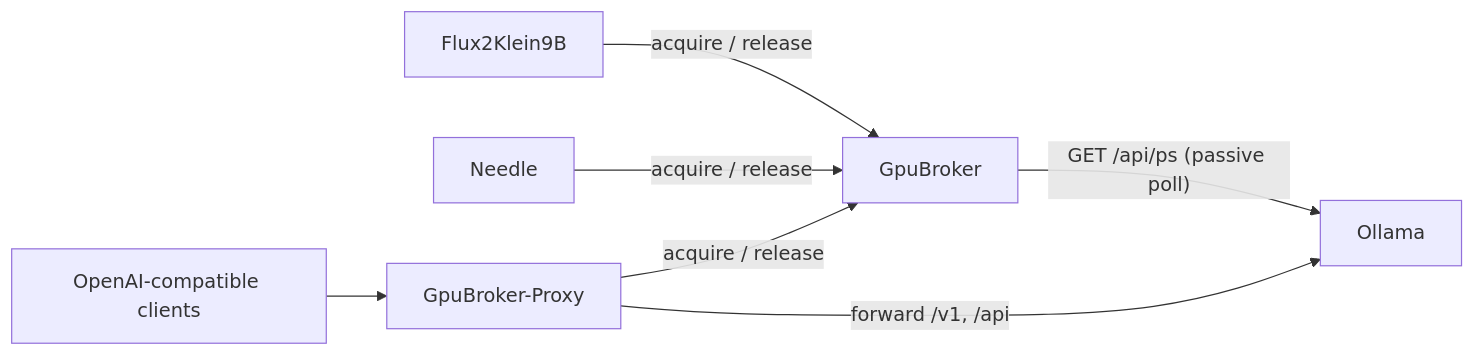
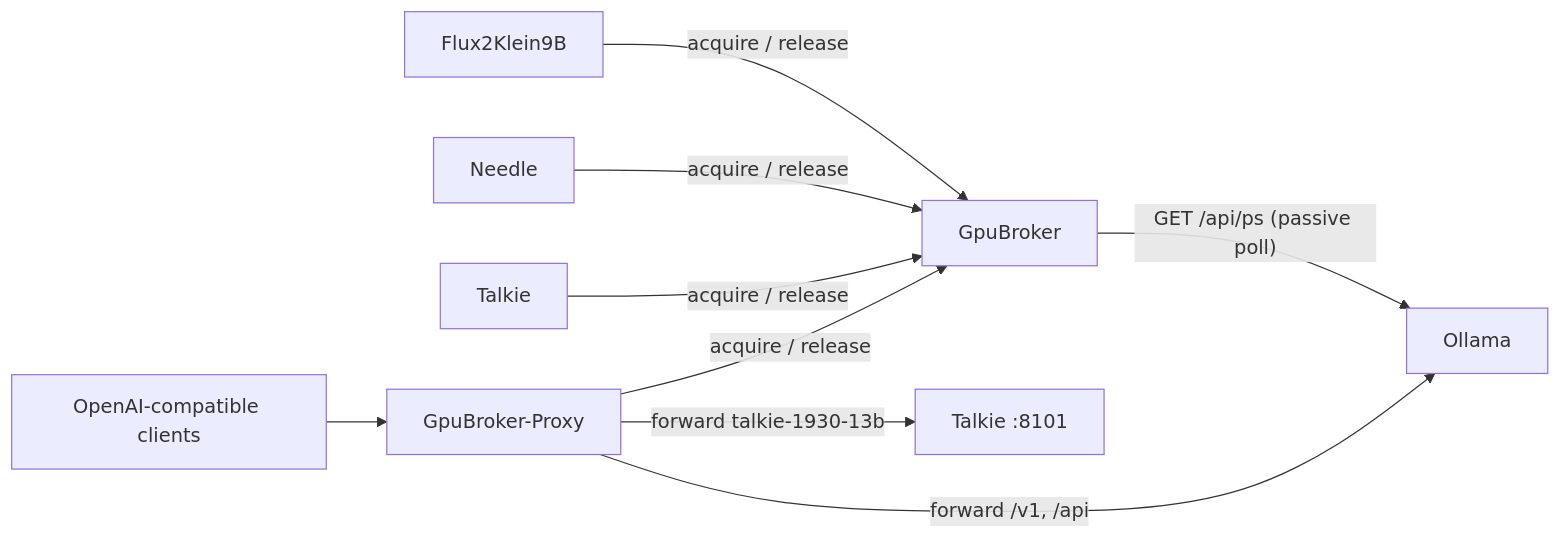
One commit to eyeclept/GpuBroker changed the diagram in README.md. Above: the diagram before and after it, drawn with Mermaid. The commit also changed other lines of this file and 61 other files, not shown here.

````diff
--- a/README.md
+++ b/README.md
@@ -17,9 +19,11 @@
 ```mermaid
 flowchart LR
     F["Flux2Klein9B"] -- "acquire / release" --> B["GpuBroker"]
     N["Needle"] -- "acquire / release" --> B
+    T["Talkie"] -- "acquire / release" --> B
     B -- "GET /api/ps (passive poll)" --> O["Ollama"]
     P["GpuBroker-Proxy"] -- "acquire / release" --> B
     P -- "forward /v1, /api" --> O
+    P -- "forward talkie-1930-13b" --> T2["Talkie :8101"]
     C["OpenAI-compatible clients"] --> P
 ```
````
